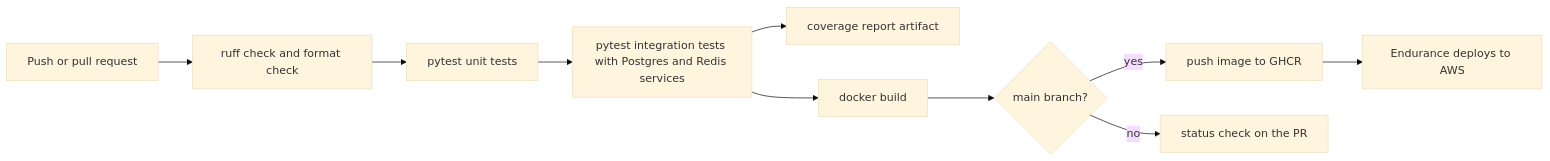
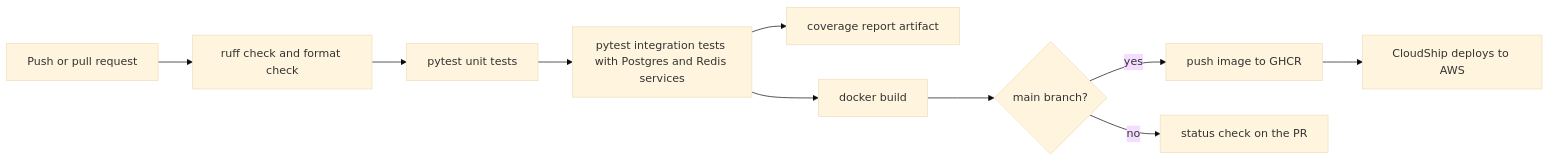
The sixth of 7 diagrams in INFO.md (striderzz/IronPay-LedgerAPI), drawn with Mermaid (base theme) before and after one commit. The commit also changed other lines of this file and 2 other files, not shown here.

````diff
--- a/INFO.md
+++ b/INFO.md
@@ -283,12 +283,12 @@
 ```mermaid
 flowchart LR
     Push["Push or pull request"] --> Lint["ruff check and format check"]
     Lint --> Unit["pytest unit tests"]
     Unit --> Integ["pytest integration tests with Postgres and Redis services"]
     Integ --> Cov["coverage report artifact"]
     Integ --> Build["docker build"]
     Build --> Main{"main branch?"}
     Main -->|yes| GHCR["push image to GHCR"]
     Main -->|no| Status["status check on the PR"]
-    GHCR --> Endurance["Endurance deploys to AWS"]
+    GHCR --> CloudShip["CloudShip deploys to AWS"]
 ```
````
